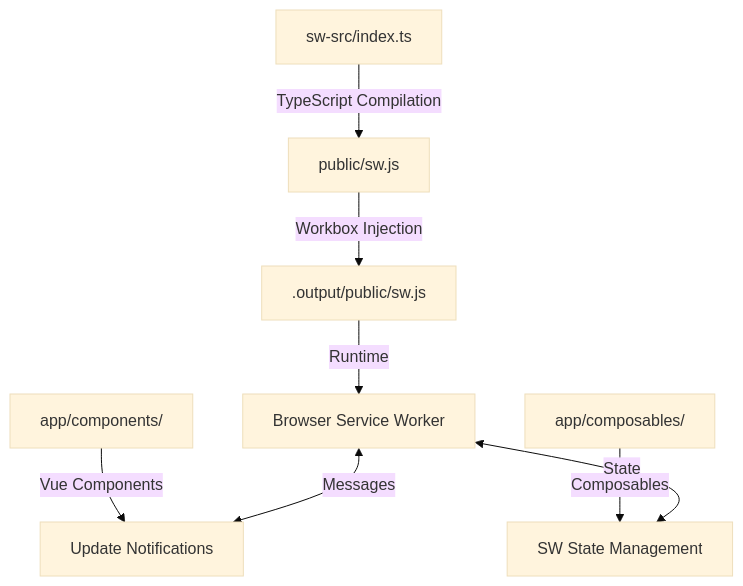
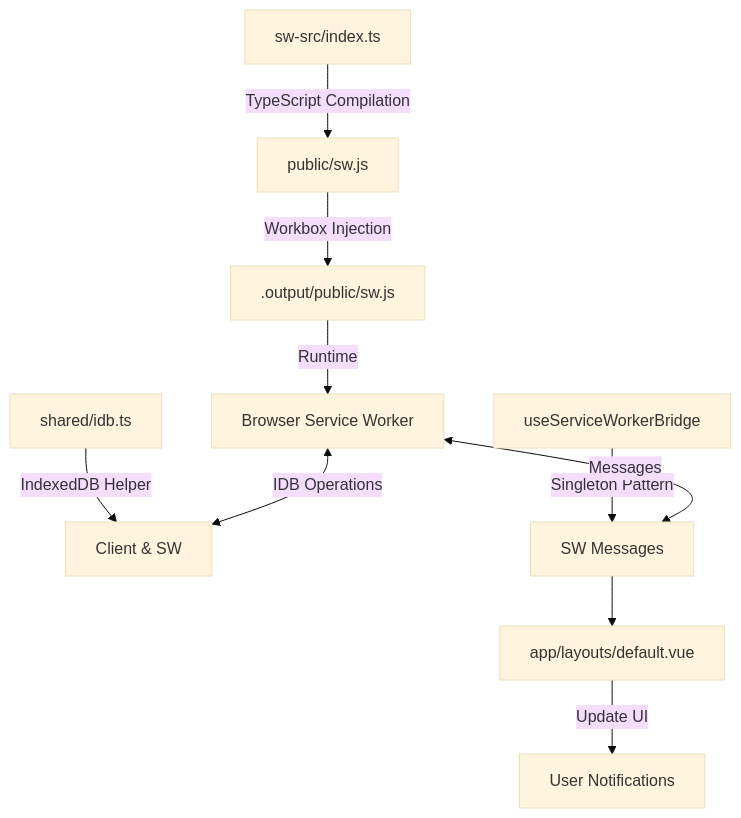
Before and after one commit to AM-Saad/CleverAI: the first of 2 diagrams in docs/PWA.md, drawn with Mermaid (base theme). The commit also changed other lines of this file and 28 other files, not shown here.

````diff
--- a/docs/PWA.md
+++ b/docs/PWA.md
@@ -79,12 +81,14 @@
 ```mermaid
 graph TD
     A[sw-src/index.ts] -->|TypeScript Compilation| B[public/sw.js]
     B -->|Workbox Injection| C[.output/public/sw.js]
     C -->|Runtime| D[Browser Service Worker]
 
-    E[app/components/] -->|Vue Components| F[Update Notifications]
-    G[app/composables/] -->|Composables| H[SW State Management]
+    E[shared/idb.ts] -->|IndexedDB Helper| F[Client & SW]
+    G[useServiceWorkerBridge] -->|Singleton Pattern| H[SW Messages]
+    I[app/layouts/default.vue] -->|Update UI| J[User Notifications]
 
-    D <-->|Messages| F
-    D <-->|State| H
+    D <-->|Messages| H
+    D <-->|IDB Operations| F
+    H --> I
 ```
````
